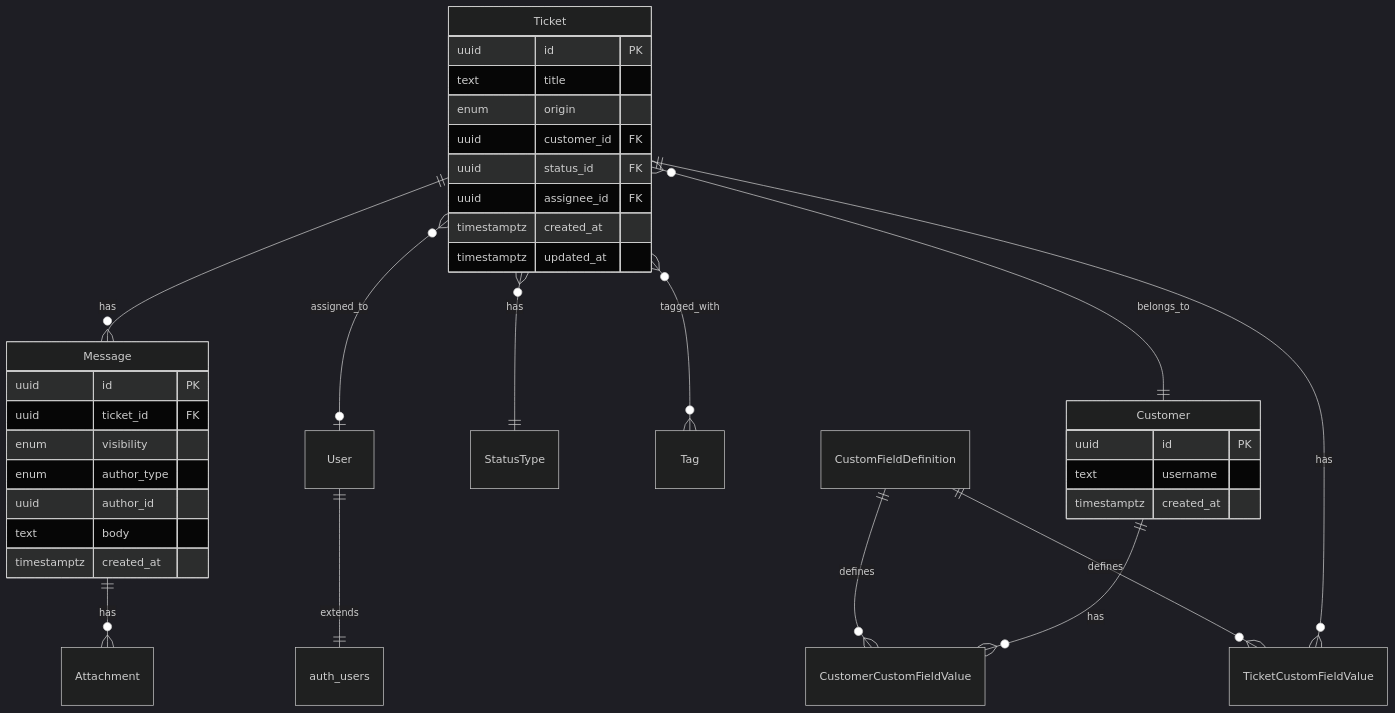
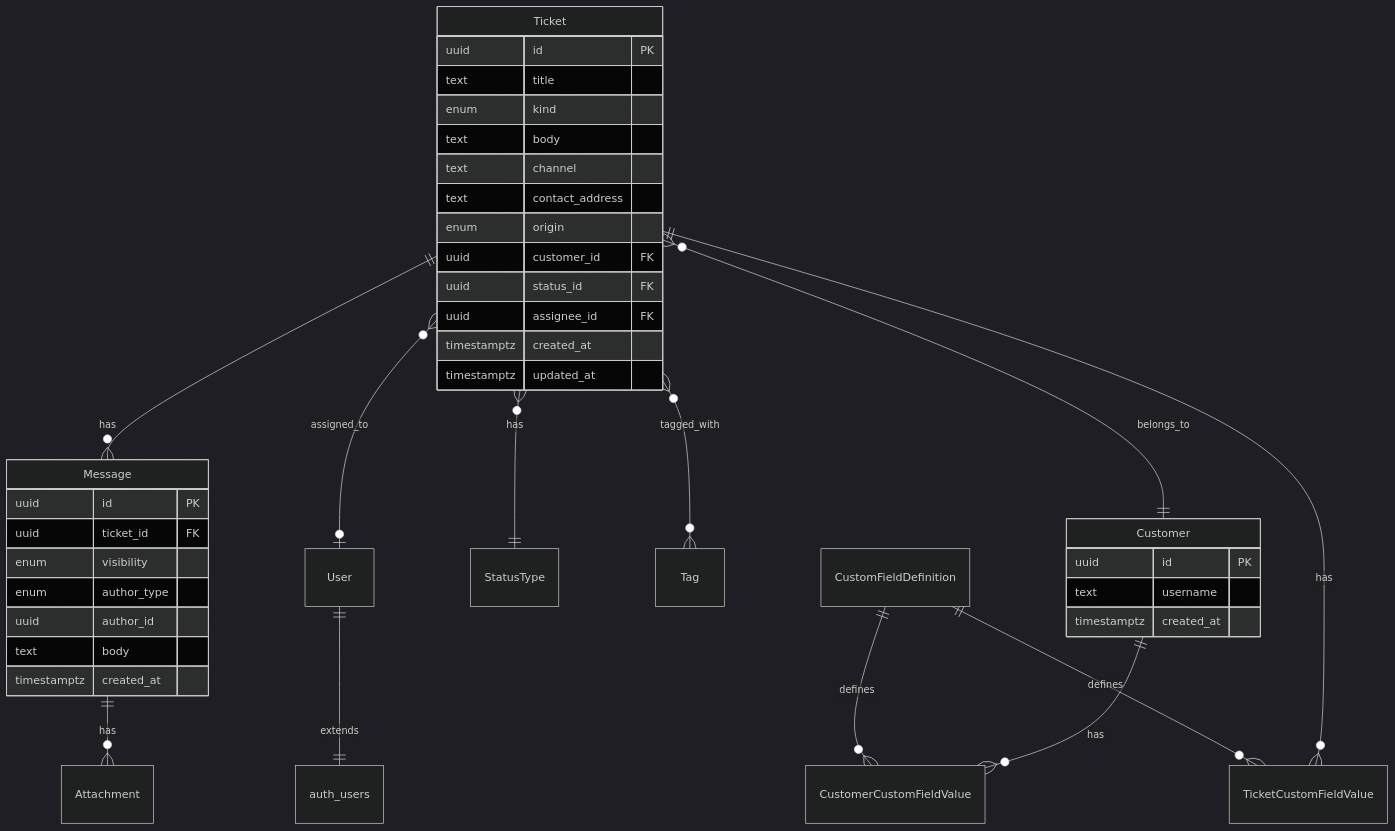
One commit to rbouschery/ticqex changed the diagram in docs/DATA-MODEL.md. Above: the diagram before and after it, drawn with Mermaid (dark theme). The commit also changed other lines of this file and 94 other files, not shown here.

````diff
--- a/docs/DATA-MODEL.md
+++ b/docs/DATA-MODEL.md
@@ -7,41 +7,45 @@
 ```mermaid
 erDiagram
     Ticket ||--o{ Message : has
     Ticket }o--|| Customer : belongs_to
     Ticket }o--|| StatusType : has
     Ticket }o--o{ Tag : tagged_with
     Ticket }o--o| User : assigned_to
     Ticket ||--o{ TicketCustomFieldValue : has
     Customer ||--o{ CustomerCustomFieldValue : has
     CustomFieldDefinition ||--o{ TicketCustomFieldValue : defines
     CustomFieldDefinition ||--o{ CustomerCustomFieldValue : defines
     Message ||--o{ Attachment : has
     User ||--|| auth_users : extends
 
     Ticket {
         uuid id PK
         text title
+        enum kind
+        text body
+        text channel
+        text contact_address
         enum origin
         uuid customer_id FK
         uuid status_id FK
         uuid assignee_id FK
         timestamptz created_at
         timestamptz updated_at
     }
 
     Message {
         uuid id PK
         uuid ticket_id FK
         enum visibility
         enum author_type
         uuid author_id
         text body
         timestamptz created_at
     }
 
     Customer {
         uuid id PK
         text username
         timestamptz created_at
     }
 ```
````
